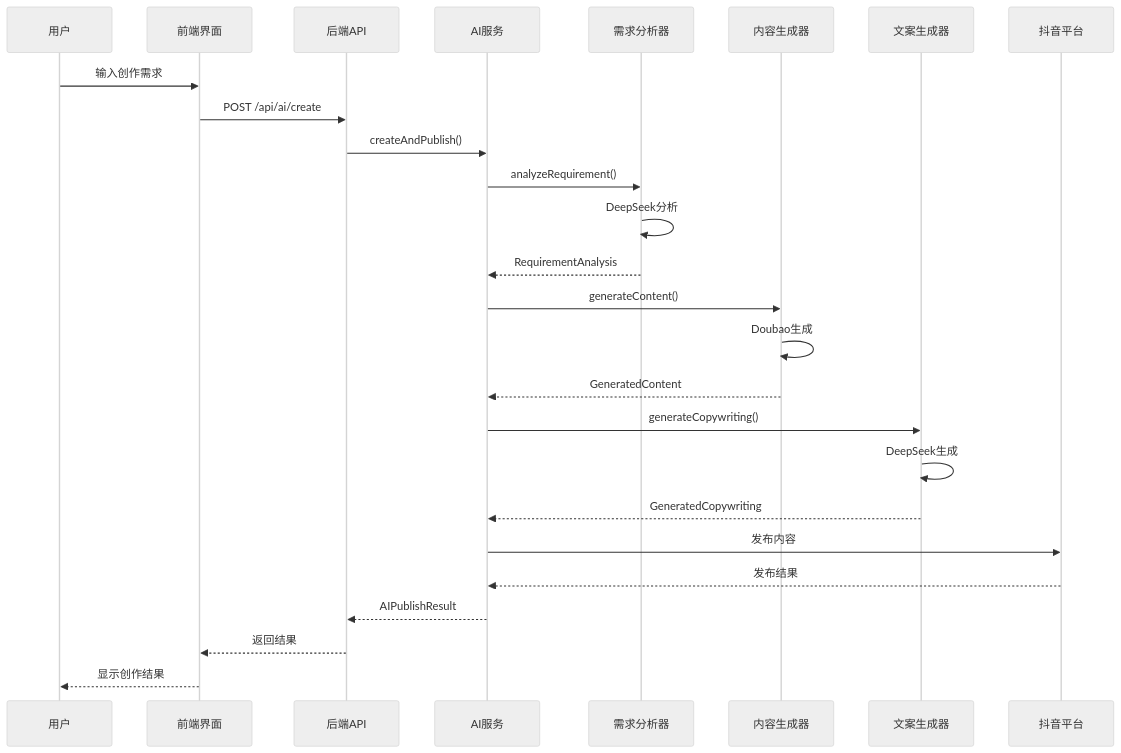
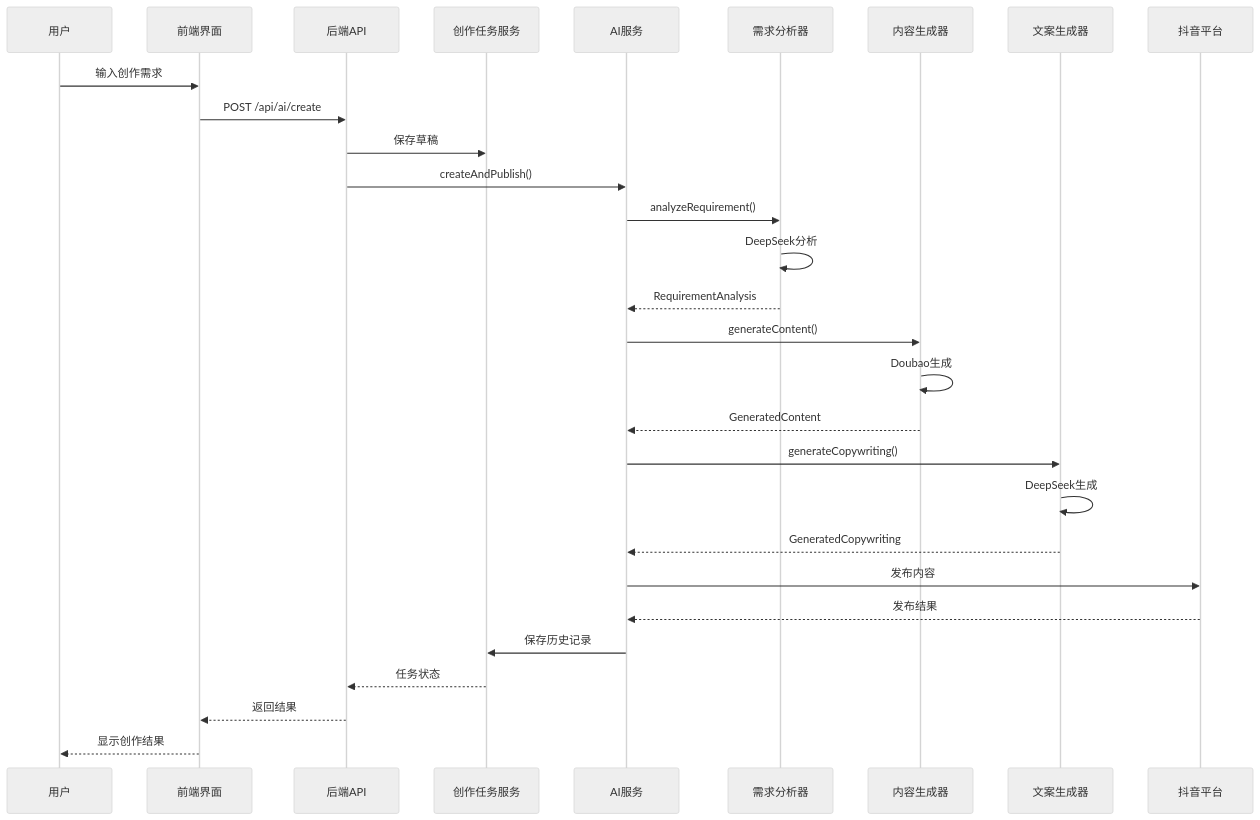
One commit to songdiyang/clawOperations changed the fifth of 16 diagrams in .qoder/repowiki/zh/content/核心模块详解/发布服务模块/AI发布服务.md. Above: the diagram before and after it, drawn with Mermaid (neutral theme). The commit also changed other lines of this file and 10 other files, not shown here.

````diff
--- a/.qoder/repowiki/zh/content/核心模块详解/发布服务模块/AI发布服务.md
+++ b/.qoder/repowiki/zh/content/核心模块详解/发布服务模块/AI发布服务.md
@@ -257,28 +329,31 @@
 ```mermaid
 sequenceDiagram
 participant User as 用户
 participant UI as 前端界面
 participant API as 后端API
+participant TaskService as 创作任务服务
 participant Service as AI服务
 participant Analyzer as 需求分析器
 participant Generator as 内容生成器
 participant Copywriter as 文案生成器
 participant Platform as 抖音平台
 User->>UI : 输入创作需求
 UI->>API : POST /api/ai/create
+API->>TaskService : 保存草稿
 API->>Service : createAndPublish()
 Service->>Analyzer : analyzeRequirement()
 Analyzer->>Analyzer : DeepSeek分析
 Analyzer-->>Service : RequirementAnalysis
 Service->>Generator : generateContent()
 Generator->>Generator : Doubao生成
 Generator-->>Service : GeneratedContent
 Service->>Copywriter : generateCopywriting()
 Copywriter->>Copywriter : DeepSeek生成
 Copywriter-->>Service : GeneratedCopywriting
 Service->>Platform : 发布内容
 Platform-->>Service : 发布结果
-Service-->>API : AIPublishResult
+Service->>TaskService : 保存历史记录
+TaskService-->>API : 任务状态
 API-->>UI : 返回结果
 UI-->>User : 显示创作结果
 ```
````
